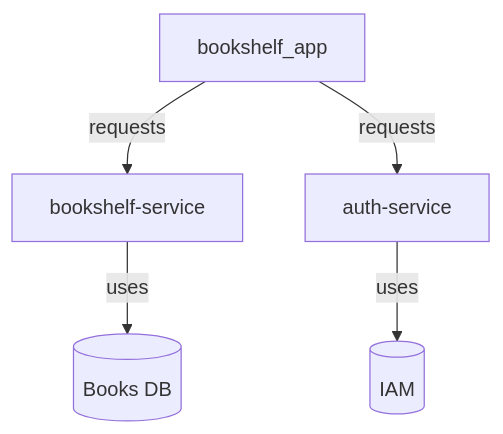
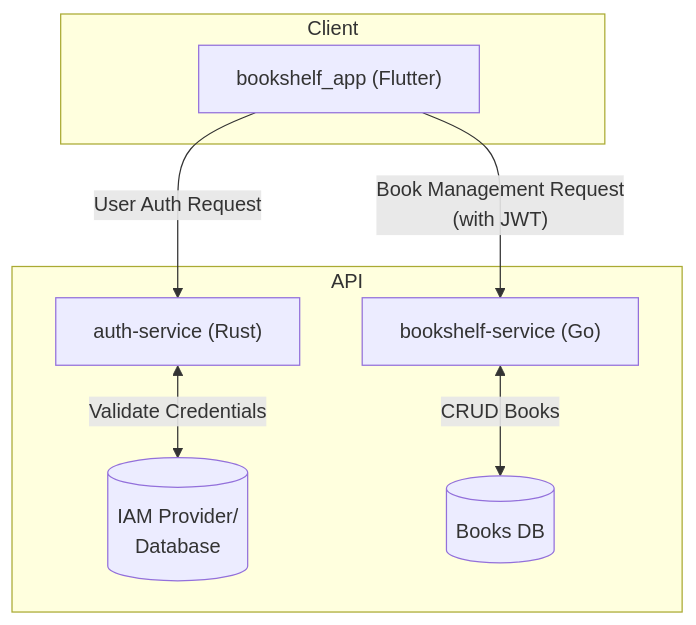
Before and after one commit to jakob-72/bookshelf-demo: the diagram in README.md, drawn with Mermaid. The commit also changed other lines of this file, not shown here.

Commit message:
adapt README

````diff
--- a/README.md
+++ b/README.md
@@ -7,7 +7,16 @@
 ```mermaid
 graph TD
-    A[bookshelf_app] -->|requests| B[bookshelf-service]
-    A -->|requests| C[auth-service]
-    C -->|uses| db1[(IAM)]
-    B -->|uses| db2[(Books DB)]
+    subgraph Client
+        A["bookshelf_app (Flutter)"]
+    end
+    subgraph API
+        B["bookshelf-service (Go)"]
+        C["auth-service (Rust)"]
+        db1[(IAM Provider/\nDatabase)]
+        db2[(Books DB)]
+    end
+    A -- User Auth Request --> C
+    A -- " Book Management Request\n(with JWT) " --> B
+    C <-- Validate Credentials --> db1
+    B <-- CRUD Books --> db2
 ```
````
